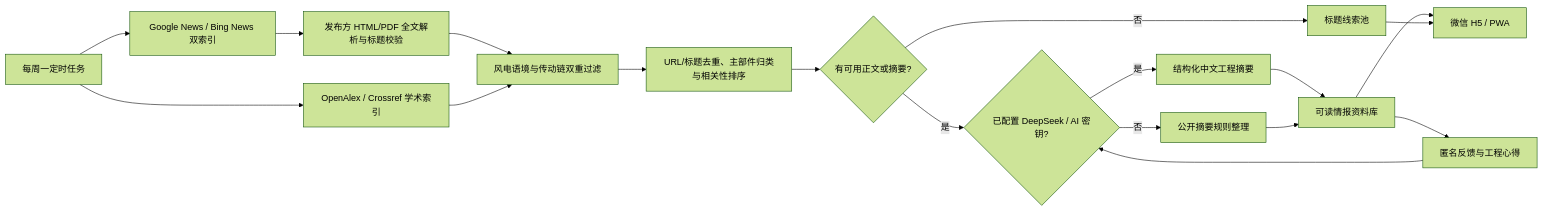
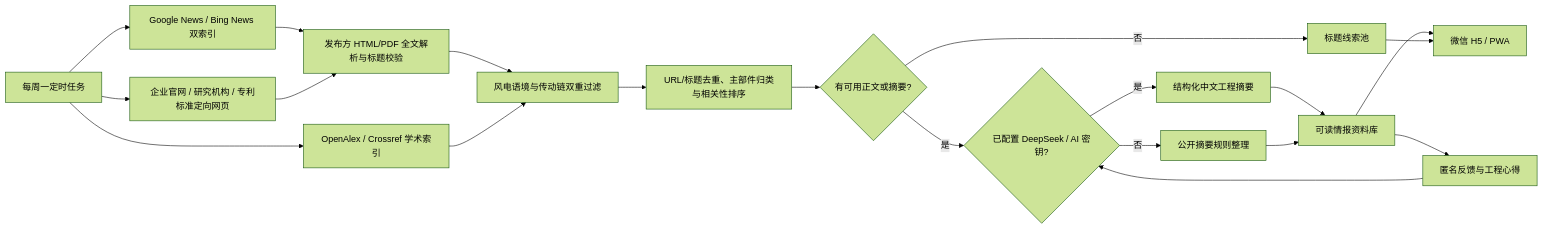
Before and after one commit to WxF5ve/wind-drivetrain-intelligence: the diagram in README.md, drawn with Mermaid (forest theme). The commit also changed other lines of this file and 16 other files, not shown here.

````diff
--- a/README.md
+++ b/README.md
@@ -95,20 +95,22 @@
 ```mermaid
 flowchart LR
     A["每周一定时任务"] --> B["Google News / Bing News 双索引"]
     A --> C["OpenAlex / Crossref 学术索引"]
+    A --> W["企业官网 / 研究机构 / 专利标准定向网页"]
     B --> D["发布方 HTML/PDF 全文解析与标题校验"]
     D --> E["风电语境与传动链双重过滤"]
     C --> E
+    W --> D
     E --> F["URL/标题去重、主部件归类与相关性排序"]
     F --> Q{"有可用正文或摘要?"}
     Q -- "否" --> M["标题线索池"]
     Q -- "是" --> G{"已配置 DeepSeek / AI 密钥?"}
     G -- "是" --> H["结构化中文工程摘要"]
     G -- "否" --> I["公开摘要规则整理"]
     H --> J["可读情报资料库"]
     I --> J
     J --> L["匿名反馈与工程心得"]
     L --> G
     J --> K["微信 H5 / PWA"]
     M --> K
 ```
````
